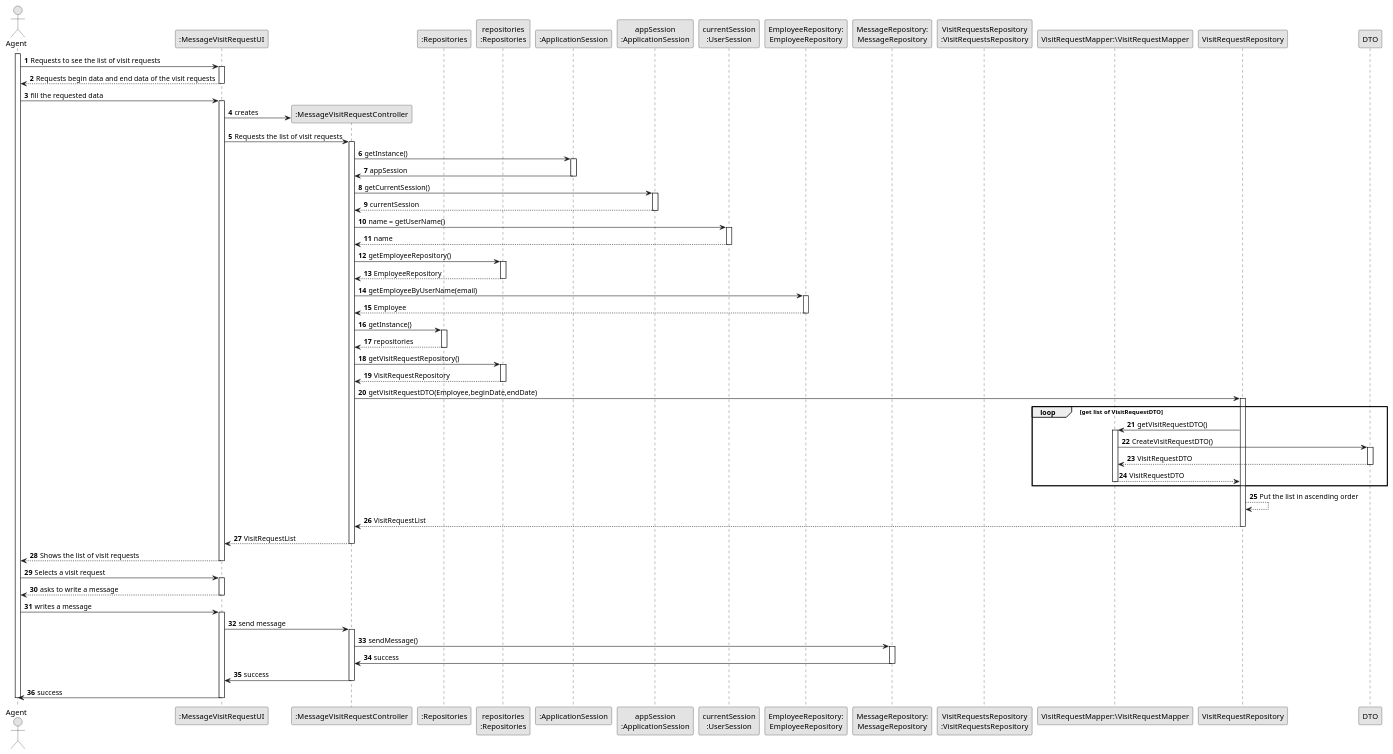
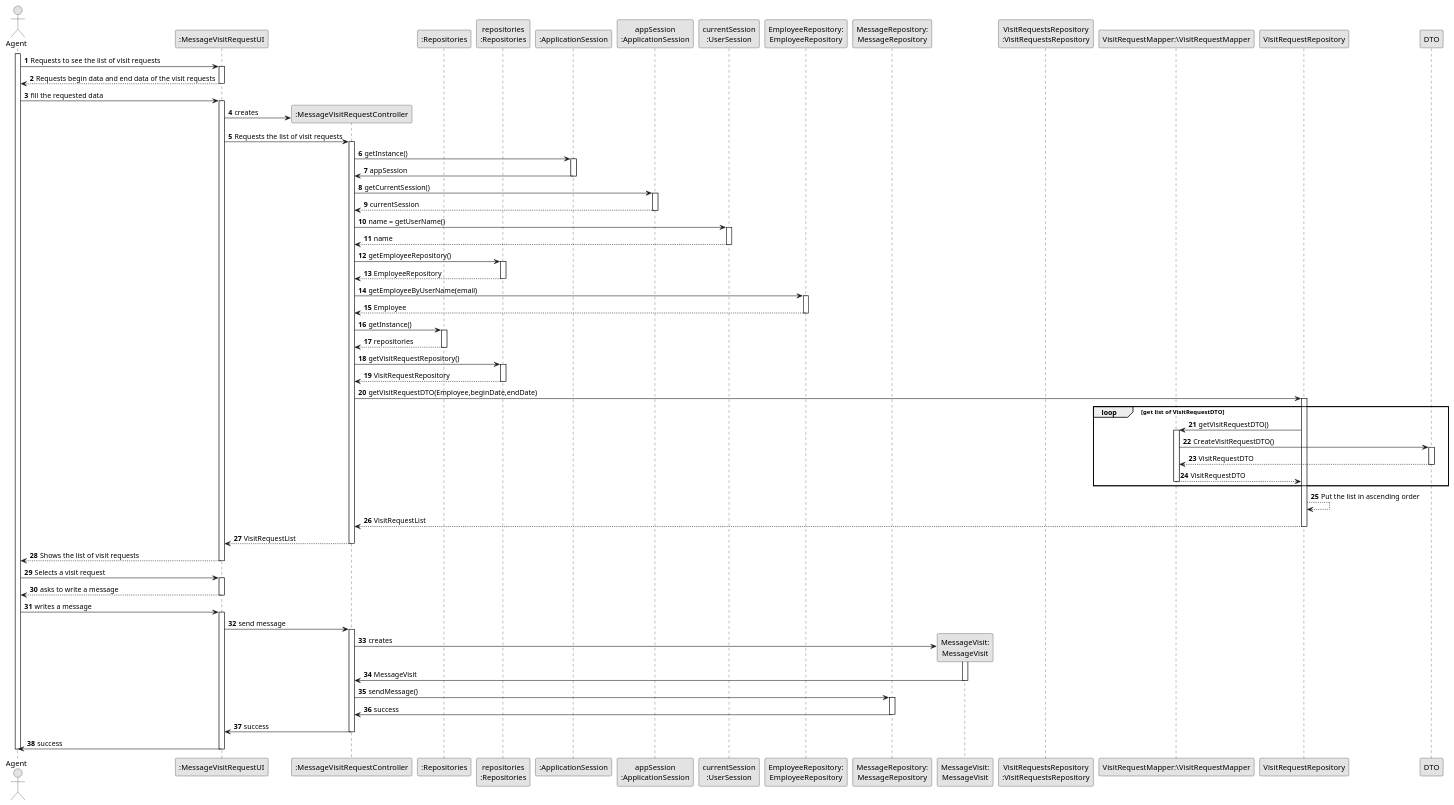
Before and after one commit to hugosilva2901/lei-22-s2-1DO-g68: the diagram in lei-22-s2-1do-g68/docs/SprintD/us016/03.design/puml/us016-sequence-diagram-full.puml, drawn with PlantUML. The commit also changed 21 other files, not shown here.

```diff
--- a/lei-22-s2-1do-g68/docs/SprintD/us016/03.design/puml/us016-sequence-diagram-full.puml
+++ b/lei-22-s2-1do-g68/docs/SprintD/us016/03.design/puml/us016-sequence-diagram-full.puml
@@ -1,130 +1,134 @@
 @startuml
 skinparam monochrome true
 skinparam packageStyle rectangle
 skinparam shadowing false
 
 autonumber
 
 'hide footbox
 actor "Agent" as User
 participant ":MessageVisitRequestUI" as UI
 participant ":MessageVisitRequestController" as CTRL
 participant ":Repositories" as RepositorySingleton
 participant "repositories\n:Repositories" as PLAT
 participant ":ApplicationSession" as _APP
 participant "appSession\n:ApplicationSession" as APP
 participant "currentSession\n:UserSession" as SESSAO
 participant "EmployeeRepository:\nEmployeeRepository" as EmployeeRepository
 participant "MessageRepository:\nMessageRepository" as MessageRepository
-
+participant "MessageVisit:\nMessageVisit" as MessageVisit
 participant "VisitRequestsRepository\n:VisitRequestsRepository" as REPO
 participant "VisitRequestMapper:\VisitRequestMapper" as Mapper
 
 activate User
 
     User -> UI : Requests to see the list of visit requests
 
 activate UI
 
     UI --> User :Requests begin data and end data of the visit requests
 deactivate UI
 
         User -> UI : fill the requested data
         activate UI
 
                 UI -> CTRL** : creates
 
                 UI -> CTRL : Requests the list of visit requests
                 activate CTRL
   CTRL -> _APP: getInstance()
         activate _APP
             _APP -> CTRL: appSession
         deactivate _APP
 
         CTRL -> APP: getCurrentSession()
         activate APP
 
             APP --> CTRL: currentSession
         deactivate APP
 
         CTRL -> SESSAO: name = getUserName()
         activate SESSAO
 
             SESSAO --> CTRL: name
         deactivate SESSAO
 
         CTRL -> PLAT: getEmployeeRepository()
         activate PLAT
 
             PLAT --> CTRL: EmployeeRepository
         deactivate PLAT
 
         CTRL -> EmployeeRepository: getEmployeeByUserName(email)
         activate EmployeeRepository
 
             EmployeeRepository --> CTRL : Employee
 
         deactivate EmployeeRepository
 
 
             CTRL -> RepositorySingleton : getInstance()
             activate RepositorySingleton
 
                 RepositorySingleton --> CTRL: repositories
             deactivate RepositorySingleton
 
             CTRL -> PLAT : getVisitRequestRepository()
             activate PLAT
 
                 PLAT --> CTRL: VisitRequestRepository
             deactivate PLAT
 
             CTRL -> VisitRequestRepository : getVisitRequestDTO(Employee,beginDate,endDate)
             loop get list of VisitRequestDTO
             activate VisitRequestRepository
               VisitRequestRepository->Mapper:getVisitRequestDTO()
             activate Mapper
 
             Mapper->DTO:CreateVisitRequestDTO()
 
             activate DTO
             DTO-->Mapper:VisitRequestDTO
             deactivate DTO
             Mapper-->VisitRequestRepository:VisitRequestDTO
             deactivate Mapper
             end
             VisitRequestRepository --> VisitRequestRepository : Put the list in ascending order
                 VisitRequestRepository --> CTRL : VisitRequestList
             deactivate VisitRequestRepository
 
             CTRL --> UI : VisitRequestList
 
                     deactivate CTRL
 
                 UI --> User : Shows the list of visit requests
                 deactivate UI
                 User -> UI : Selects a visit request
                 activate UI
 
                 UI --> User : asks to write a message
                 deactivate UI
                 User -> UI : writes a message
                 activate UI
 
                 UI -> CTRL : send message
                 activate CTRL
+                CTRL->MessageVisit**:creates
+                activate MessageVisit
+                MessageVisit->CTRL:MessageVisit
+                deactivate MessageVisit
+                CTRL -> MessageRepository : sendMessage()
 
-                CTRL -> MessageRepository : sendMessage()
                 activate MessageRepository
 
                 MessageRepository -> CTRL : success
                 deactivate MessageRepository
 
                 CTRL -> UI : success
                 deactivate CTRL
 
                 UI -> User : success
                 deactivate UI
 deactivate User
 
 @enduml
```
